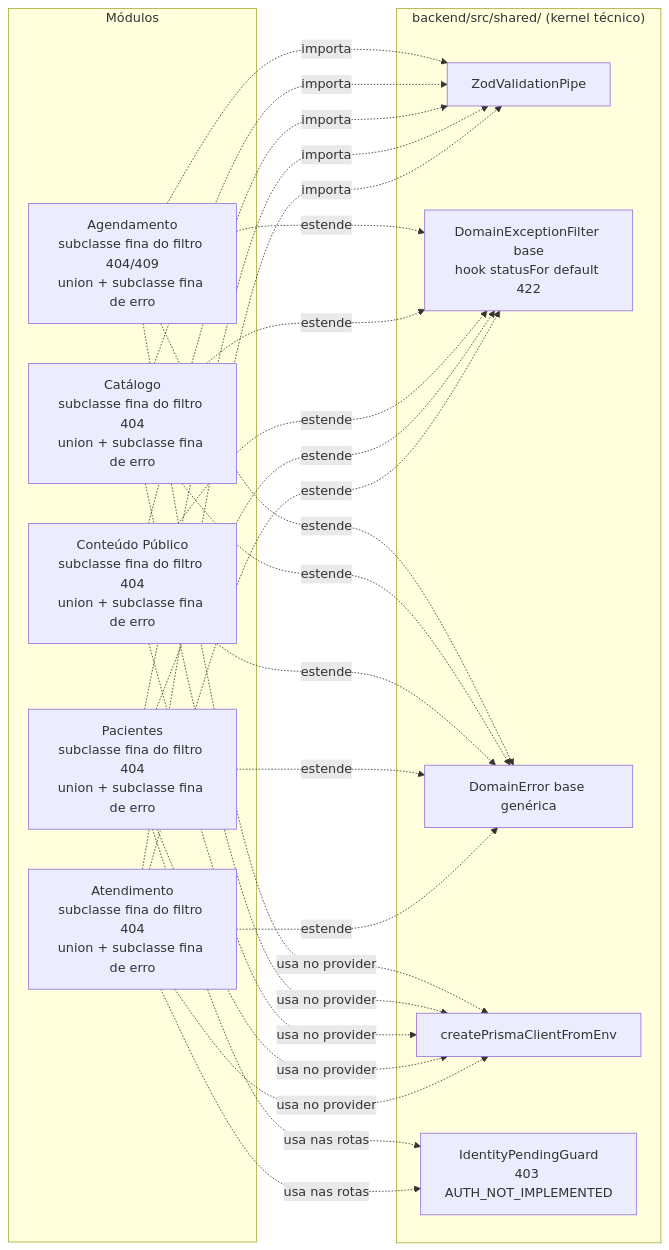
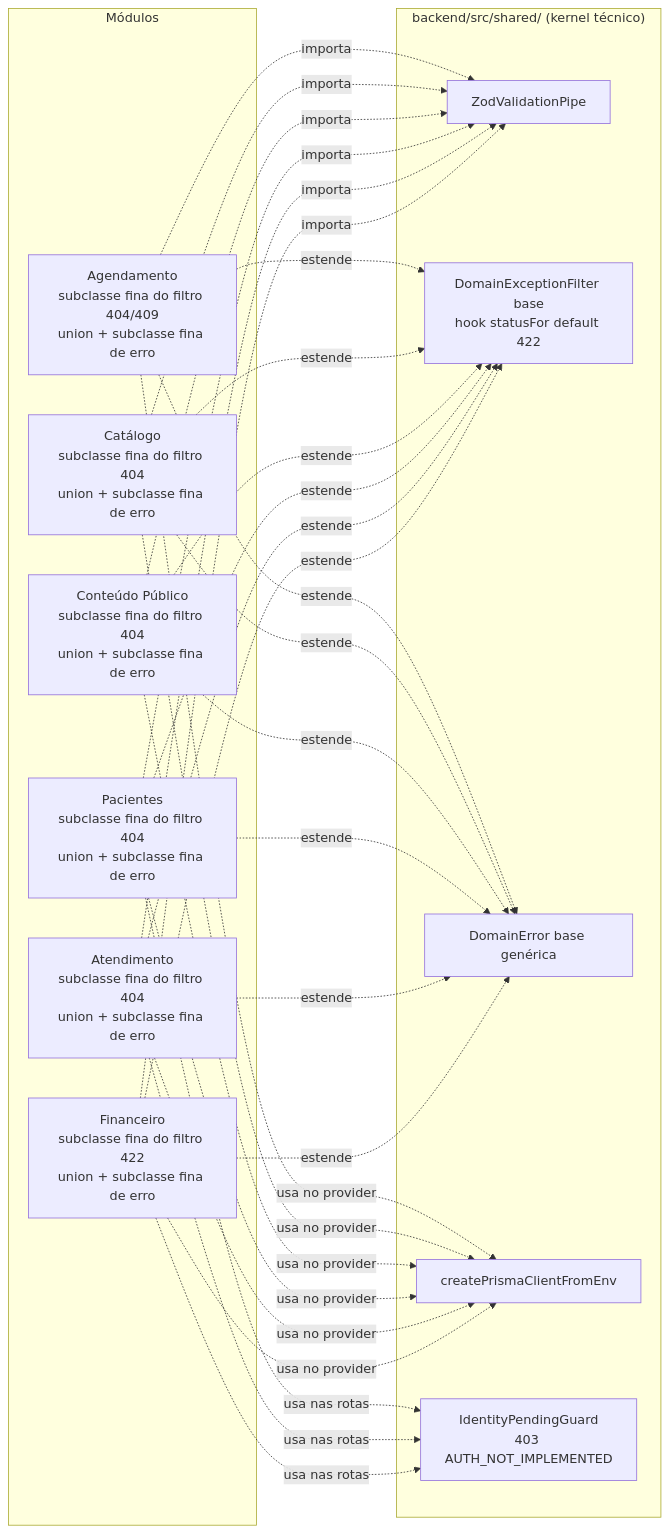
One commit to marcelops1/newestetica changed the eighth of 8 diagrams in docs/architecture/c3-component.md. Above: the diagram before and after it, drawn with Mermaid. The commit also changed other lines of this file and 57 other files, not shown here.

````diff
--- a/docs/architecture/c3-component.md
+++ b/docs/architecture/c3-component.md
@@ -353,39 +395,45 @@
 ```mermaid
 flowchart LR
     subgraph Shared["backend/src/shared/ (kernel técnico)"]
         PIPE[ZodValidationPipe]
         FILTER[DomainExceptionFilter base<br/>hook statusFor default 422]
         ERR[DomainError base genérica]
         FACTORY[createPrismaClientFromEnv]
         GUARD[IdentityPendingGuard<br/>403 AUTH_NOT_IMPLEMENTED]
     end
     subgraph Módulos
         S[Agendamento<br/>subclasse fina do filtro 404/409<br/>union + subclasse fina de erro]
         C[Catálogo<br/>subclasse fina do filtro 404<br/>union + subclasse fina de erro]
         CT[Conteúdo Público<br/>subclasse fina do filtro 404<br/>union + subclasse fina de erro]
         PA[Pacientes<br/>subclasse fina do filtro 404<br/>union + subclasse fina de erro]
         AT[Atendimento<br/>subclasse fina do filtro 404<br/>union + subclasse fina de erro]
+        FI[Financeiro<br/>subclasse fina do filtro 422<br/>union + subclasse fina de erro]
     end
     S -.->|importa| PIPE
     C -.->|importa| PIPE
     CT -.->|importa| PIPE
     PA -.->|importa| PIPE
     AT -.->|importa| PIPE
+    FI -.->|importa| PIPE
     S -.->|estende| FILTER
     C -.->|estende| FILTER
     CT -.->|estende| FILTER
     PA -.->|estende| FILTER
     AT -.->|estende| FILTER
+    FI -.->|estende| FILTER
     S -.->|estende| ERR
     C -.->|estende| ERR
     CT -.->|estende| ERR
     PA -.->|estende| ERR
     AT -.->|estende| ERR
+    FI -.->|estende| ERR
     S -.->|usa no provider| FACTORY
     C -.->|usa no provider| FACTORY
     CT -.->|usa no provider| FACTORY
     PA -.->|usa no provider| FACTORY
     AT -.->|usa no provider| FACTORY
+    FI -.->|usa no provider| FACTORY
     PA -.->|usa nas rotas| GUARD
     AT -.->|usa nas rotas| GUARD
+    FI -.->|usa nas rotas| GUARD
 ```
````
